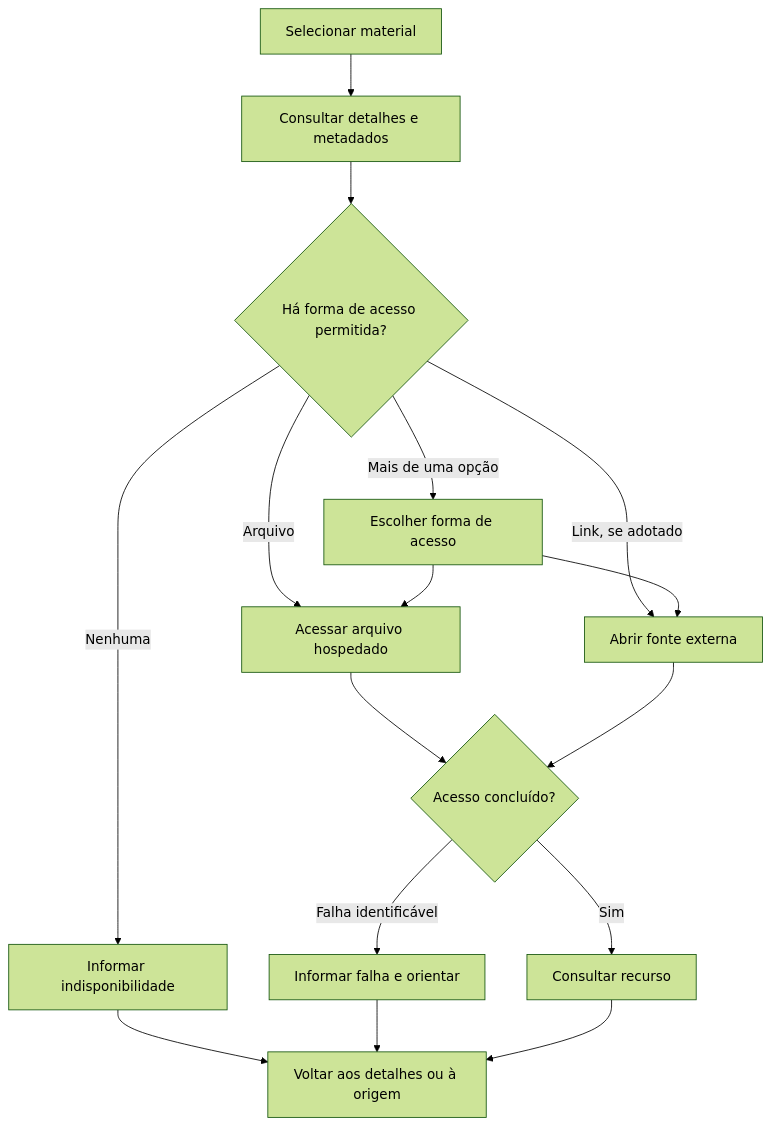
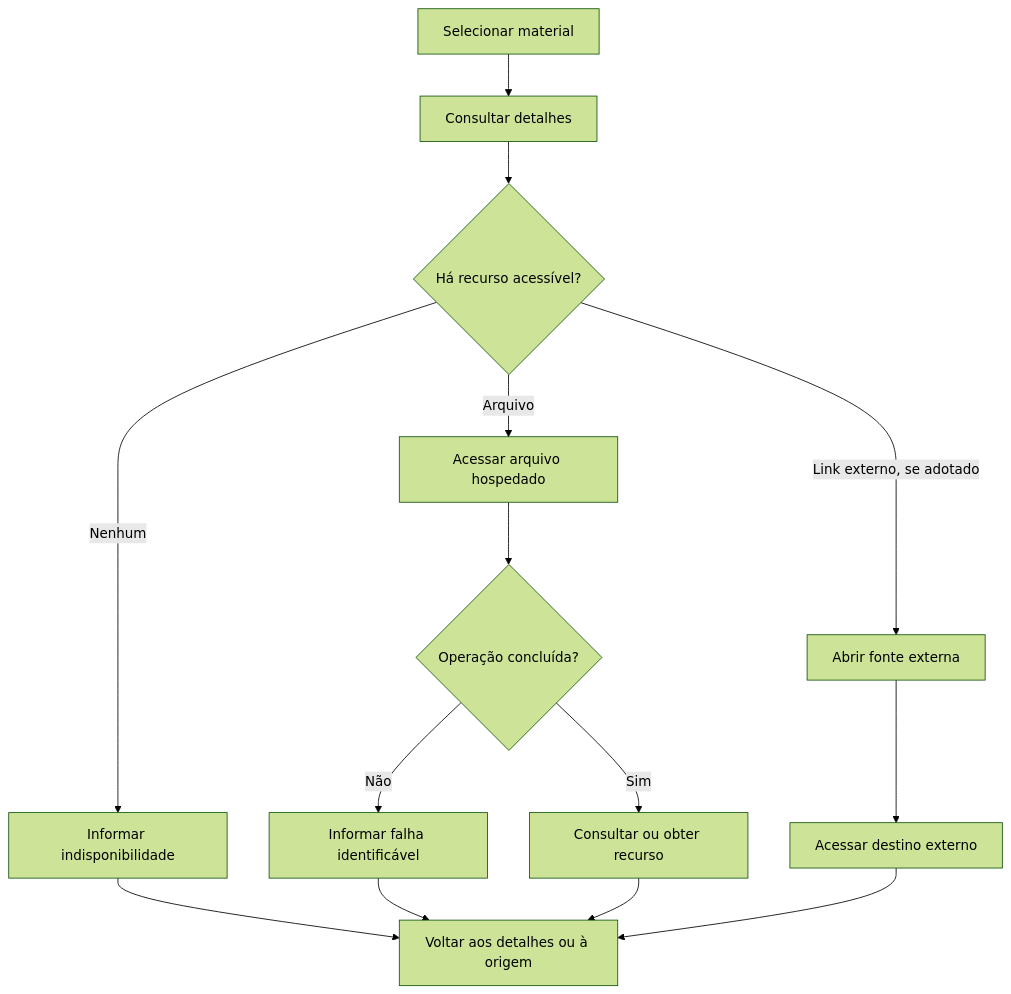
Before and after one commit to pedroalbuqu3rque/educomp: the fourth of 6 diagrams in docs/ux-ui/user-flow.md, drawn with Mermaid (forest theme). The commit also changed other lines of this file, not shown here.

Commit message:
docs(ux-ui): alinha user flow aos fluxos do MVP

````diff
--- a/docs/ux-ui/user-flow.md
+++ b/docs/ux-ui/user-flow.md
@@ -143,18 +284,19 @@
 ```mermaid
 flowchart TD
-    A[Selecionar material] --> B[Consultar detalhes e metadados]
-    B --> C{Há forma de acesso permitida?}
+    A[Selecionar material] --> B[Consultar detalhes]
+    B --> C{Há recurso acessível?}
+
     C -->|Arquivo| D[Acessar arquivo hospedado]
-    C -->|Link, se adotado| E[Abrir fonte externa]
-    C -->|Mais de uma opção| F[Escolher forma de acesso]
-    F --> D
-    F --> E
-    C -->|Nenhuma| G[Informar indisponibilidade]
-    D --> H{Acesso concluído?}
-    E --> H
-    H -->|Sim| I[Consultar recurso]
-    H -->|Falha identificável| J[Informar falha e orientar]
-    G --> K[Voltar aos detalhes ou à origem]
+    C -->|Link externo, se adotado| E[Abrir fonte externa]
+    C -->|Nenhum| F[Informar indisponibilidade]
+
+    D --> G{Operação concluída?}
+    G -->|Sim| H[Consultar ou obter recurso]
+    G -->|Não| I[Informar falha identificável]
+
+    E --> J[Acessar destino externo]
+    F --> K[Voltar aos detalhes ou à origem]
+    I --> K
+    H --> K
     J --> K
-    I --> K
 ```
````
